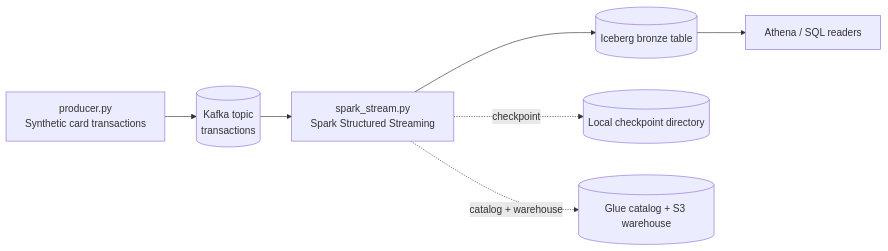
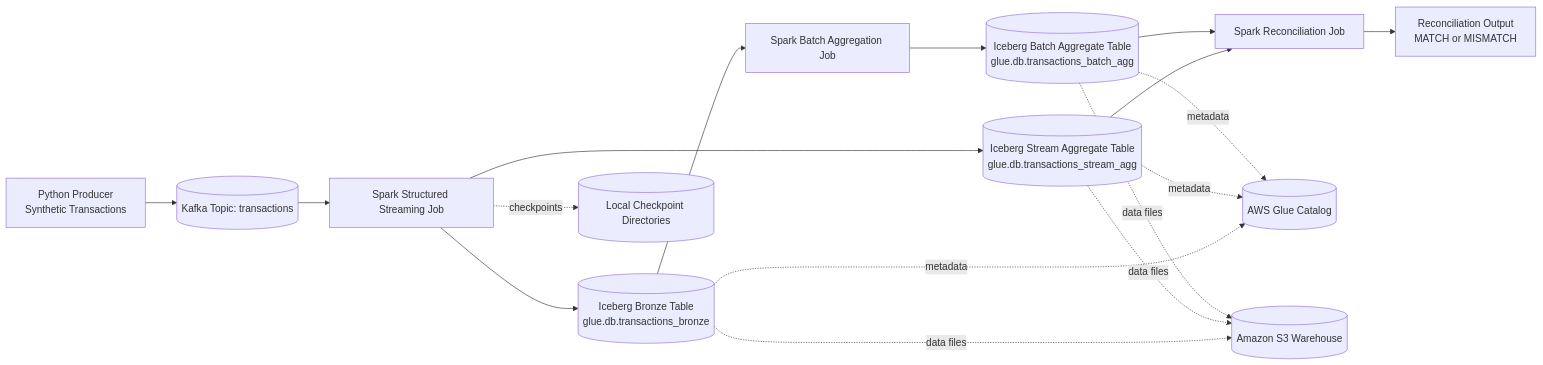
Before and after one commit to barvaliyavishal/realtime-transaction-reconciliation: the diagram in README.md, drawn with Mermaid. The commit also changed other lines of this file and 1 other file, not shown here.

````diff
--- a/README.md
+++ b/README.md
@@ -7,9 +29,20 @@
 ```mermaid
 flowchart LR
-	 A[producer.py\nSynthetic card transactions] --> B[(Kafka topic\ntransactions)]
-	 B --> C[spark_stream.py\nSpark Structured Streaming]
-	 C --> D[(Iceberg bronze table)]
-	 D --> E[Athena / SQL readers]
-	 C -. checkpoint .-> F[(Local checkpoint directory)]
-	 C -. catalog + warehouse .-> G[(Glue catalog + S3 warehouse)]
+    A[Python Producer<br/>Synthetic Transactions] --> B[(Kafka Topic: transactions)]
+    B --> C[Spark Structured Streaming Job]
+    C --> D[(Iceberg Bronze Table<br/>glue.db.transactions_bronze)]
+    C --> E[(Iceberg Stream Aggregate Table<br/>glue.db.transactions_stream_agg)]
+    D --> F[Spark Batch Aggregation Job]
+    F --> G[(Iceberg Batch Aggregate Table<br/>glue.db.transactions_batch_agg)]
+    E --> H[Spark Reconciliation Job]
+    G --> H
+    H --> I[Reconciliation Output<br/>MATCH or MISMATCH]
+
+    C -. checkpoints .-> J[(Local Checkpoint Directories)]
+    D -. metadata .-> K[(AWS Glue Catalog)]
+    E -. metadata .-> K
+    G -. metadata .-> K
+    D -. data files .-> L[(Amazon S3 Warehouse)]
+    E -. data files .-> L
+    G -. data files .-> L
 ```
````
